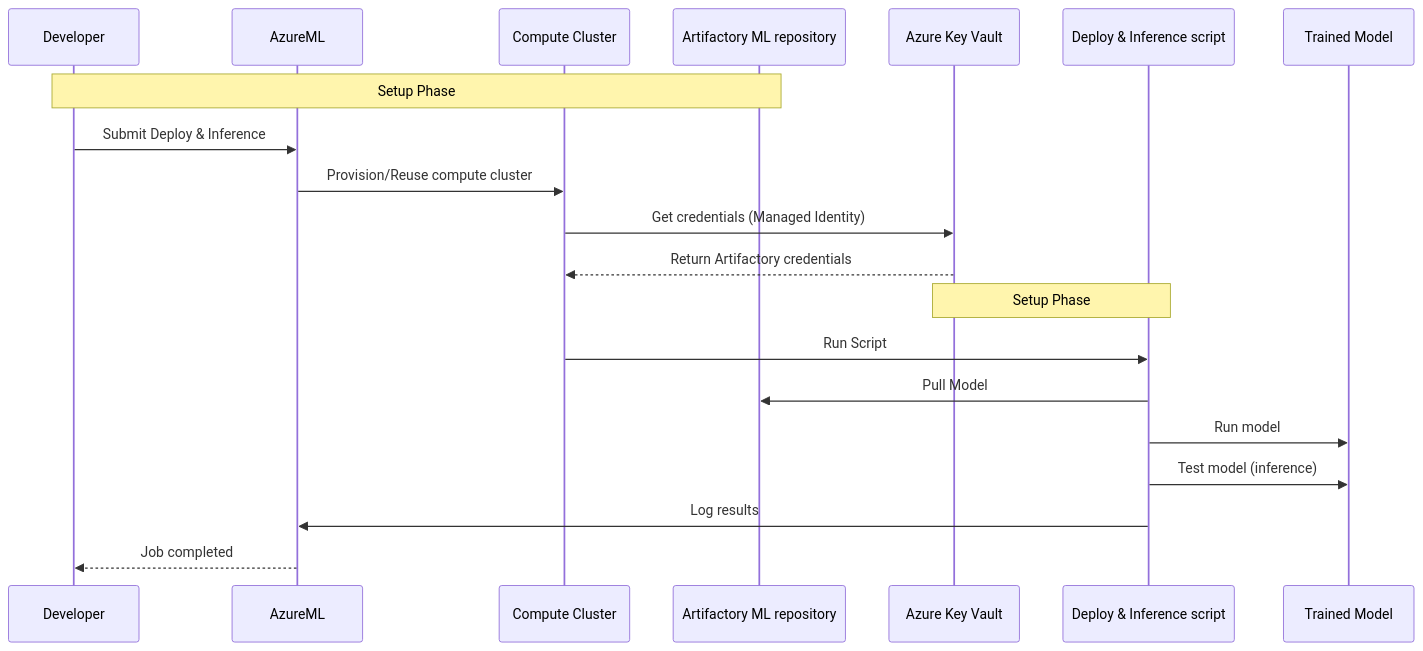
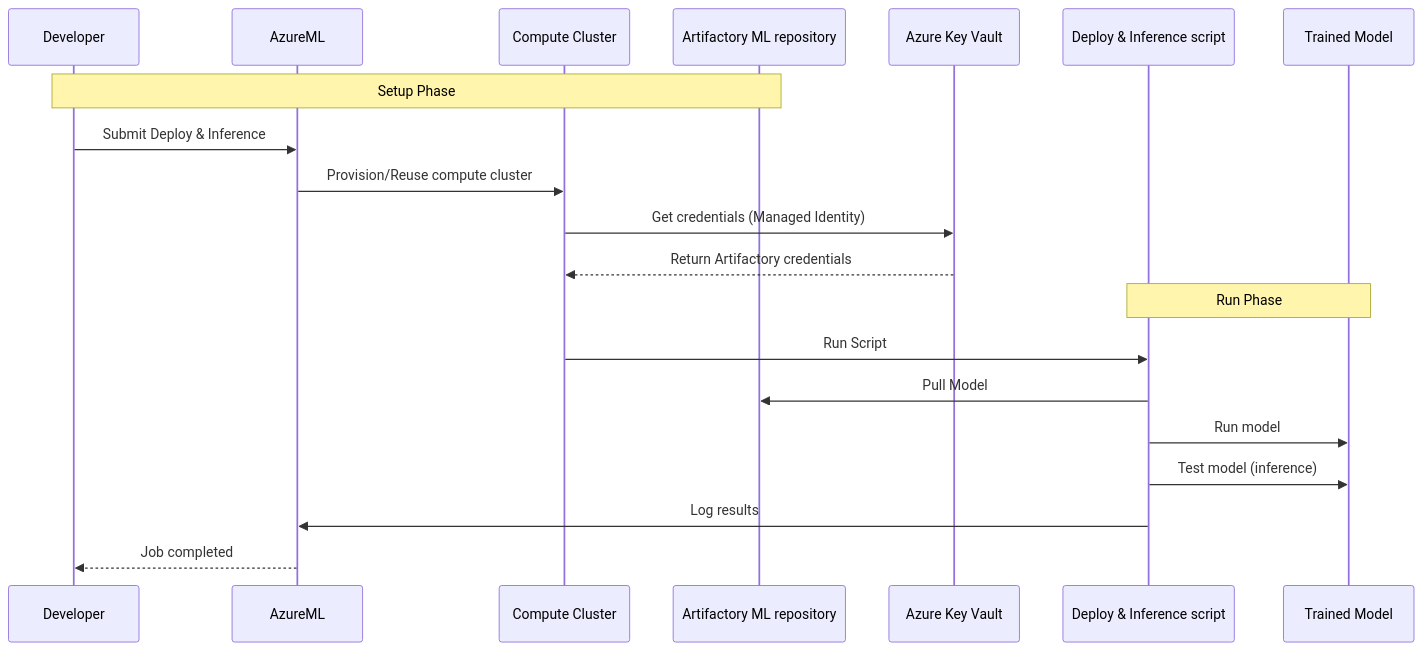
Before and after one commit to jfrog/JFrog-AzureML-integration: the fourth of 4 diagrams in README.md, drawn with Mermaid.

Commit message:
README: run diagram

````diff
--- a/README.md
+++ b/README.md
@@ -238,23 +238,23 @@
 ```mermaid
 sequenceDiagram
     participant Dev as Developer
     participant AML as AzureML
     participant Compute as Compute Cluster
     participant ArtML as Artifactory ML repository    
     participant KV as Azure Key Vault
     participant deploy_and_inference as Deploy & Inference script
     participant Model as Trained Model
 
     Note over Dev,ArtML: Setup Phase
     Dev->>AML: Submit Deploy & Inference
     AML->>Compute: Provision/Reuse compute cluster
     Compute->>KV: Get credentials (Managed Identity)
     KV-->>Compute: Return Artifactory credentials
-    Note over deploy_and_inference,KV: Setup Phase
+    Note over deploy_and_inference,Model: Run Phase
     Compute->>deploy_and_inference: Run Script
     deploy_and_inference->>ArtML: Pull Model
     deploy_and_inference->>Model: Run model   
     deploy_and_inference->>Model: Test model (inference)   
     deploy_and_inference->>AML: Log results   
     AML-->>Dev: Job completed
 ```
````
